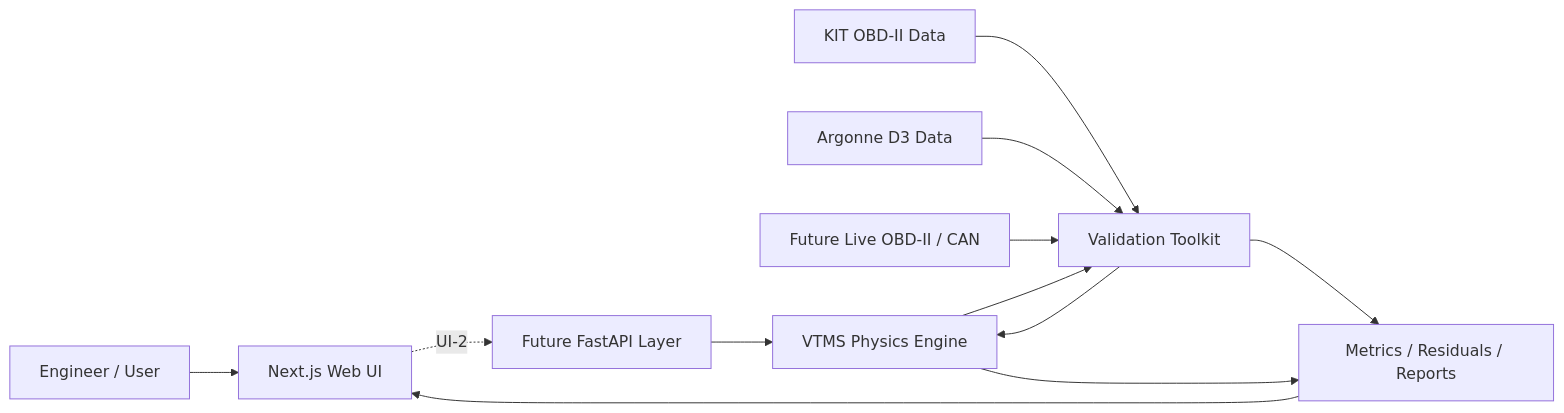
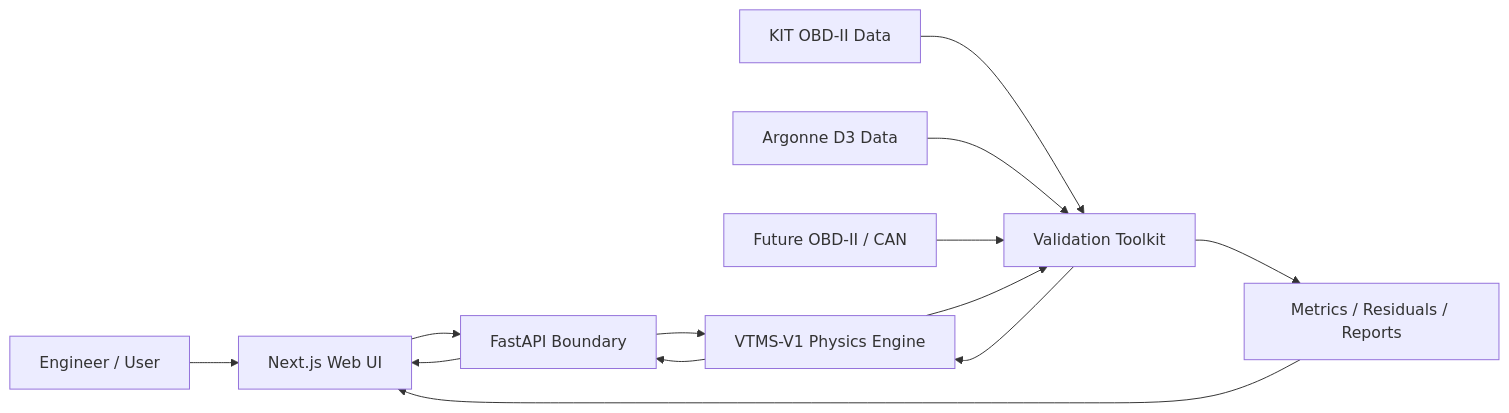
Before and after one commit to mpalmer79/vehicle-thermal-management-simulation: the diagram in README.md, drawn with Mermaid. The commit also changed other lines of this file, not shown here.

Commit message:
UI-2: document live FastAPI simulation workflow

````diff
--- a/README.md
+++ b/README.md
@@ -42,24 +44,26 @@
 ```mermaid
 flowchart LR
     User[Engineer / User]
     UI[Next.js Web UI]
-    API[Future FastAPI Layer]
-    Core[VTMS Physics Engine]
+    API[FastAPI Boundary]
+    Core[VTMS-V1 Physics Engine]
     Val[Validation Toolkit]
     KIT[KIT OBD-II Data]
     D3[Argonne D3 Data]
-    OBD[Future Live OBD-II / CAN]
+    OBD[Future OBD-II / CAN]
     Reports[Metrics / Residuals / Reports]
 
     User --> UI
-    UI -. UI-2 .-> API
+    UI --> API
     API --> Core
+    Core --> API
+    API --> UI
+
     KIT --> Val
     D3 --> Val
     OBD --> Val
     Val --> Core
     Core --> Val
     Val --> Reports
-    Core --> Reports
     Reports --> UI
 ```
````
